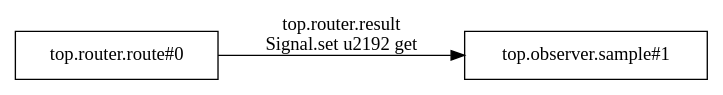
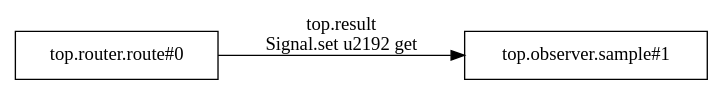
One commit to PTO-ISA/pyCircuit changed the diagram in pycircuit/builds/mixed_ports/rule-graph.dot. Above: the diagram before and after it, drawn with Graphviz. The commit also changed 64 other files, not shown here.

```diff
--- a/pycircuit/builds/mixed_ports/rule-graph.dot
+++ b/pycircuit/builds/mixed_ports/rule-graph.dot
@@ -1,7 +1,7 @@
 digraph Transactions {
   rankdir=LR;
   node [shape=box];
   t0 [label="top.router.route#0"];
   t1 [label="top.observer.sample#1"];
-  t0 -> t1 [label="top.router.result\nSignal.set \u2192 get"];
+  t0 -> t1 [label="top.result\nSignal.set \u2192 get"];
 }
```
